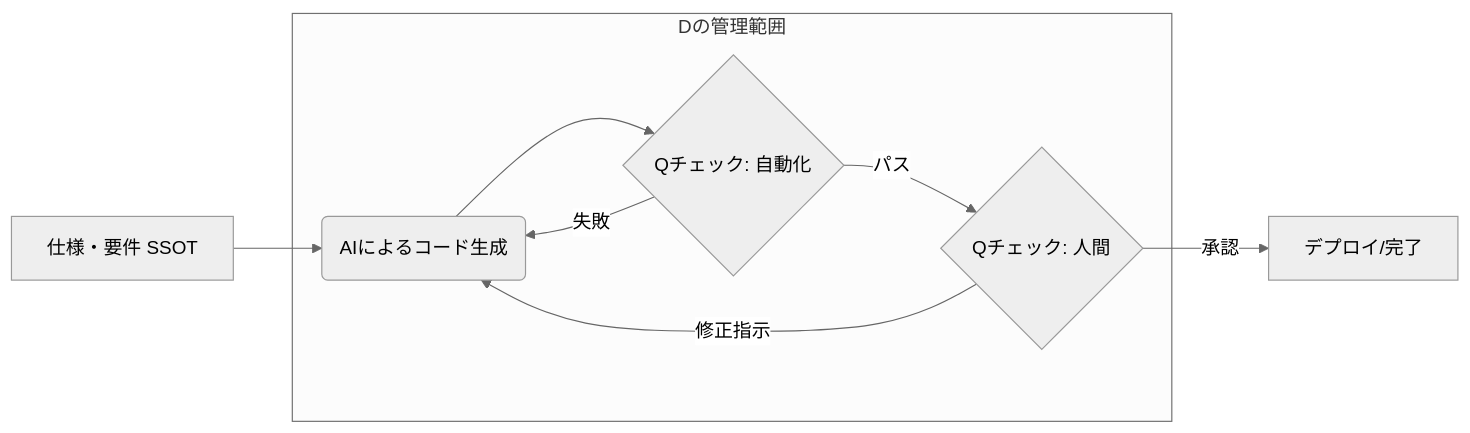
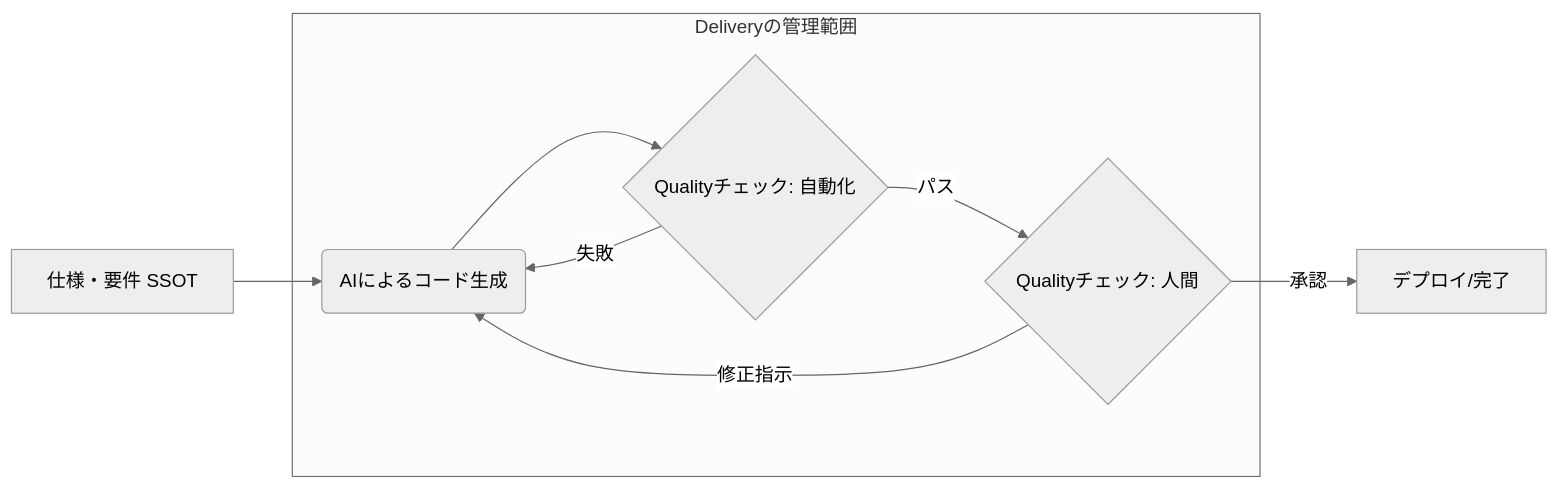
Before and after one commit to nenaaki/ai-effective-project: the diagram in docs/ai-effective-functions/quality-delivery.md, drawn with Mermaid (neutral theme). The commit also changed other lines of this file, not shown here.

Commit message:
QとDに関する改善

````diff
--- a/docs/ai-effective-functions/quality-delivery.md
+++ b/docs/ai-effective-functions/quality-delivery.md
@@ -35,15 +36,15 @@
 ```mermaid
 graph LR
-    A[仕様・要件 SSOT] --> B(AIによるコード生成)
-    B --> C{Qチェック: 自動化}
-    C -- 失敗 --> B
-    C -- パス --> D{Qチェック: 人間}
-    D -- 修正指示 --> B
-    D -- 承認 --> E[デプロイ/完了]
-    
-    subgraph "Dの管理範囲"
-    B
-    C
-    D
-    end
+  A[仕様・要件 SSOT] --> B(AIによるコード生成)
+  B --> C{Qualityチェック: 自動化}
+  C -- 失敗 --> B
+  C -- パス --> D{Qualityチェック: 人間}
+  D -- 修正指示 --> B
+  D -- 承認 --> E[デプロイ/完了]
+  
+  subgraph "Deliveryの管理範囲"
+  B
+  C
+  D
+  end
 ```
````
